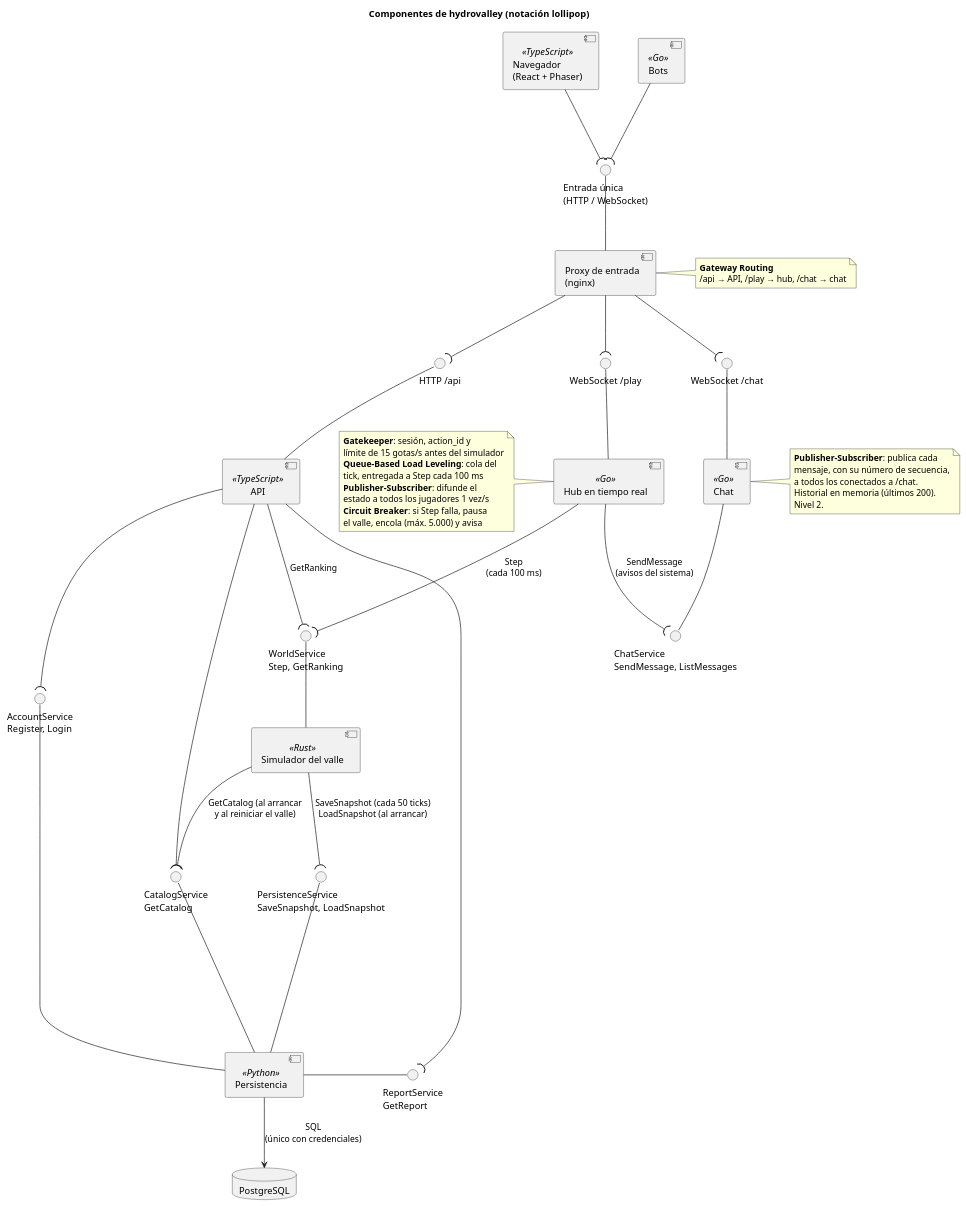
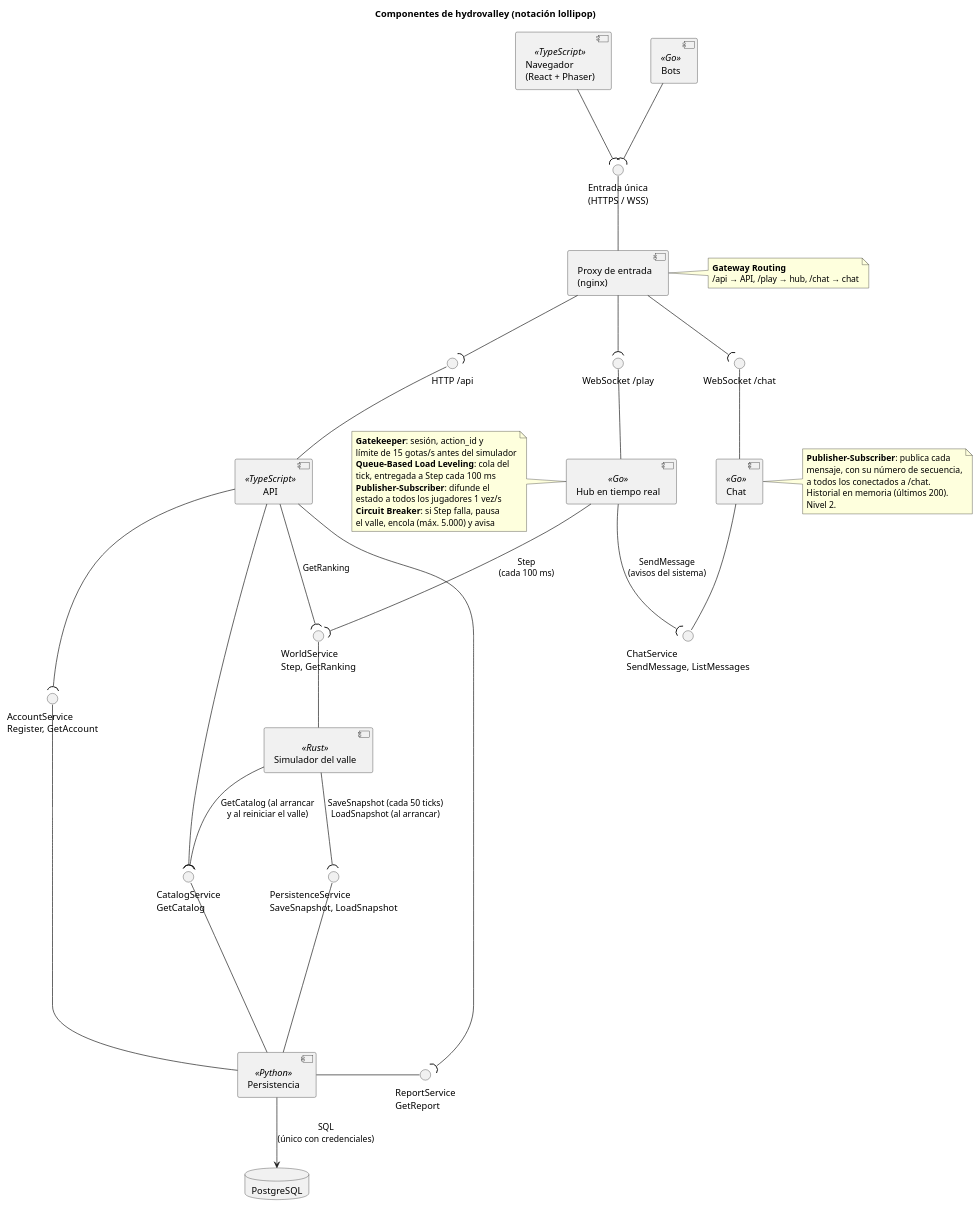
Before and after one commit to iadev2005/hydrovalley: the diagram in docs/diagrams/02-componentes.puml, drawn with PlantUML. The commit also changed 5 other files, not shown here.

Commit message:
docs: add ER, deployment and access diagrams and resolve related gaps

```diff
--- a/docs/diagrams/02-componentes.puml
+++ b/docs/diagrams/02-componentes.puml
@@ -1,99 +1,99 @@
 @startuml 02-componentes
 title Componentes de hydrovalley (notación lollipop)
 top to bottom direction
 skinparam componentStyle uml2
 skinparam nodesep 60
 skinparam ranksep 70
 
 ' --- Clientes ---
 component "Navegador\n(React + Phaser)" as Browser <<TypeScript>>
 component "Bots" as Bots <<Go>>
 
 ' --- Borde: HTTP y WebSocket ---
 component "Proxy de entrada\n(nginx)" as Proxy
-() "Entrada única\n(HTTP / WebSocket)" as I_Entry
+() "Entrada única\n(HTTPS / WSS)" as I_Entry
 
 component "API" as Api <<TypeScript>>
 component "Hub en tiempo real" as Hub <<Go>>
 component "Chat" as Chat <<Go>>
 () "HTTP /api" as I_Api
 () "WebSocket /play" as I_Play
 () "WebSocket /chat" as I_Chat
 
 ' --- Interior: gRPC (pregunta y respuesta, sin streams) ---
 component "Simulador del valle" as World <<Rust>>
 component "Persistencia" as Persistence <<Python>>
 database "PostgreSQL" as Db
 () "WorldService\nStep, GetRanking" as I_World
 () "ChatService\nSendMessage, ListMessages" as I_ChatSvc
 () "PersistenceService\nSaveSnapshot, LoadSnapshot" as I_Persistence
-() "AccountService\nRegister, Login" as I_Account
+() "AccountService\nRegister, GetAccount" as I_Account
 () "CatalogService\nGetCatalog" as I_Catalog
 () "ReportService\nGetReport" as I_Report
 
 ' Entrada
 Proxy -up- I_Entry
 Browser -down-( I_Entry
 Bots -down-( I_Entry
 
 ' Borde hacia los servicios
 Api -up- I_Api
 Hub -up- I_Play
 Chat -up- I_Chat
 Proxy -down-( I_Api
 Proxy -down-( I_Play
 Proxy -down-( I_Chat
 
 ' Chat por gRPC
 Chat -down- I_ChatSvc
 Hub -right-( I_ChatSvc : SendMessage\n(avisos del sistema)
 
 ' Simulador
 World -up- I_World
 Hub -down-( I_World : Step\n(cada 100 ms)
 Api -down-( I_World : GetRanking
 
 ' Persistencia
 Persistence -up--- I_Persistence
 Persistence -left- I_Account
 Persistence -up- I_Catalog
 Persistence -right- I_Report
 World -down-( I_Persistence : SaveSnapshot (cada 50 ticks)\nLoadSnapshot (al arrancar)
 World -down-( I_Catalog : GetCatalog (al arrancar\ny al reiniciar el valle)
 Api -down-( I_Account
 Api -down-( I_Catalog
 Api -down-( I_Report
 
 Persistence -down-> Db : SQL\n(único con credenciales)
 
 ' Orden horizontal dentro de cada fila
 Browser -[hidden]right- Bots
 Api -[hidden]right- Hub
 Hub -[hidden]right- Chat
 
 ' --- Patrones de la nube ---
 note right of Proxy
   <b>Gateway Routing</b>
   /api → API, /play → hub, /chat → chat
 end note
 
 note left of Hub
   <b>Gatekeeper</b>: sesión, action_id y
   límite de 15 gotas/s antes del simulador
   <b>Queue-Based Load Leveling</b>: cola del
   tick, entregada a Step cada 100 ms
   <b>Publisher-Subscriber</b>: difunde el
   estado a todos los jugadores 1 vez/s
   <b>Circuit Breaker</b>: si Step falla, pausa
   el valle, encola (máx. 5.000) y avisa
 end note
 
 note right of Chat
   <b>Publisher-Subscriber</b>: publica cada
   mensaje, con su número de secuencia,
   a todos los conectados a /chat.
   Historial en memoria (últimos 200).
   Nivel 2.
 end note
 
 @enduml
```
